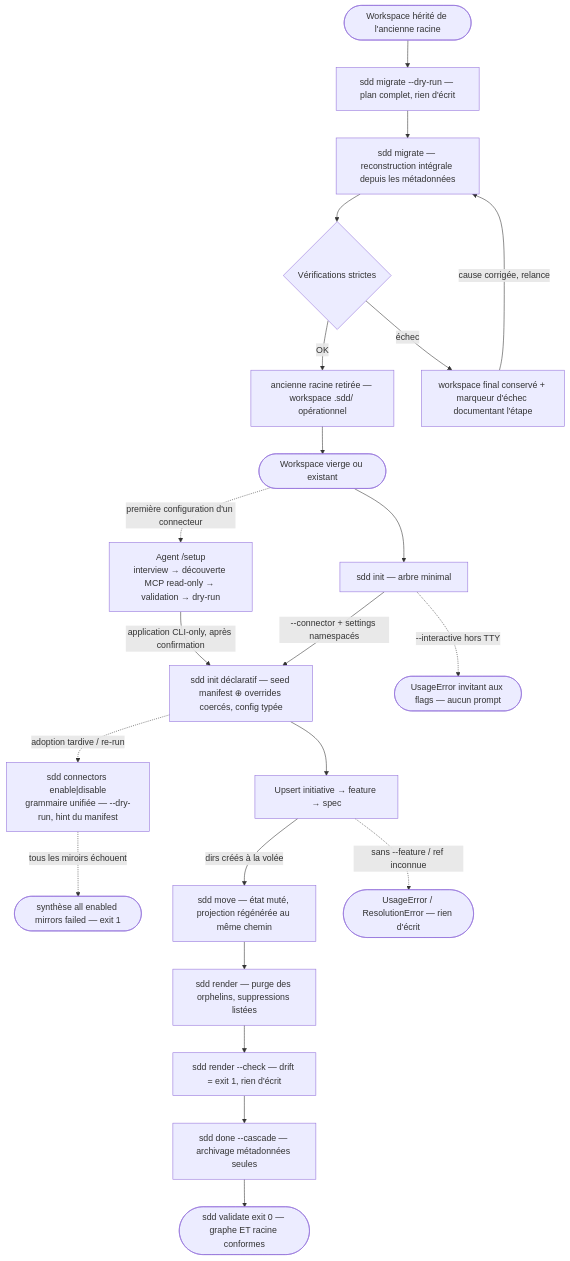
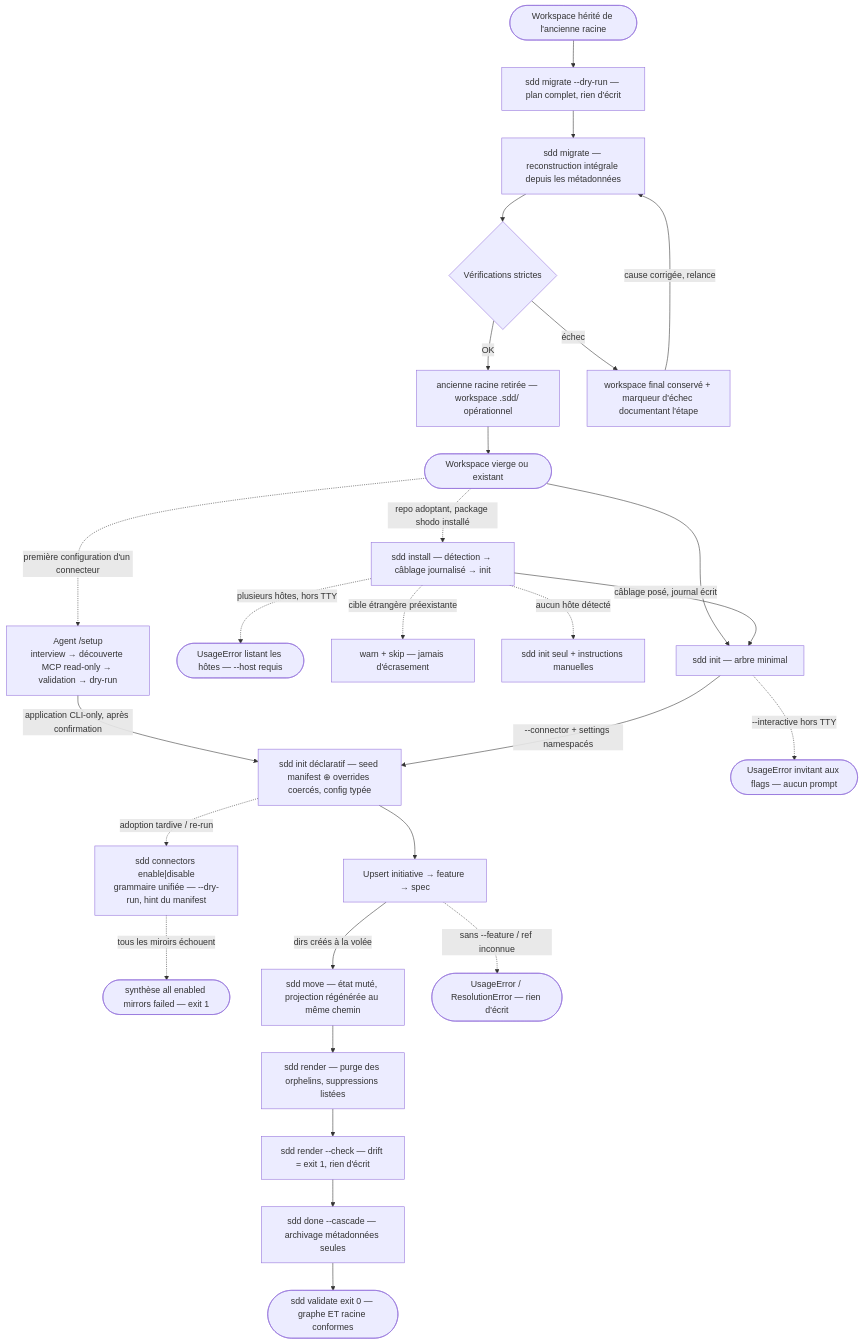
The diagram in .sdd/knowledge/domains/spec-model/behavior.md (ngdo-pro/sdd), drawn with Mermaid before and after one commit. The commit also changed other lines of this file and 21 other files, not shown here.

First line of the commit message:
feat(cli): commande sdd install + rebrand shodo (spec 008)

````diff
--- a/.sdd/knowledge/domains/spec-model/behavior.md
+++ b/.sdd/knowledge/domains/spec-model/behavior.md
@@ -27,24 +28,29 @@
 ```mermaid
 flowchart TD
     Legacy([Workspace hérité de l'ancienne racine]) --> Plan[sdd migrate --dry-run — plan complet, rien d'écrit]
     Plan --> Migrate[sdd migrate — reconstruction intégrale depuis les métadonnées]
     Migrate --> Gate{Vérifications strictes}
     Gate -->|OK| Retire[ancienne racine retirée — workspace .sdd/ opérationnel]
     Gate -->|échec| Marker[workspace final conservé + marqueur d'échec documentant l'étape]
     Marker -->|cause corrigée, relance| Migrate
     Retire --> Start
     Start([Workspace vierge ou existant]) --> Init[sdd init — arbre minimal]
+    Start -.->|repo adoptant, package shodo installé| Inst["sdd install — détection → câblage journalisé → init"]
+    Inst -.->|plusieurs hôtes, hors TTY| ErrHost([UsageError listant les hôtes — --host requis])
+    Inst -.->|cible étrangère préexistante| WarnSkip[warn + skip — jamais d'écrasement]
+    Inst -->|câblage posé, journal écrit| Init
+    Inst -.->|aucun hôte détecté| Deg[sdd init seul + instructions manuelles]
     Start -.->|première configuration d'un connecteur| Setup["Agent /setup<br>interview → découverte MCP read-only → validation → dry-run"]
     Setup -->|application CLI-only, après confirmation| Decl
     Init -->|--connector + settings namespacés| Decl[sdd init déclaratif — seed manifest ⊕ overrides coercés, config typée]
     Init -.->|--interactive hors TTY| ErrTTY([UsageError invitant aux flags — aucun prompt])
     Decl --> Frame[Upsert initiative → feature → spec]
     Decl -.->|adoption tardive / re-run| Late["sdd connectors enable|disable<br>grammaire unifiée — --dry-run, hint du manifest"]
     Late -.->|tous les miroirs échouent| Fail1([synthèse all enabled mirrors failed — exit 1])
     Frame -->|dirs créés à la volée| Move[sdd move — état muté, projection régénérée au même chemin]
     Frame -.->|sans --feature / ref inconnue| Err([UsageError / ResolutionError — rien d'écrit])
     Move --> Render[sdd render — purge des orphelins, suppressions listées]
     Render --> Check[sdd render --check — drift = exit 1, rien d'écrit]
     Check --> Done[sdd done --cascade — archivage métadonnées seules]
     Done --> Valid([sdd validate exit 0 — graphe ET racine conformes])
 ```
````
